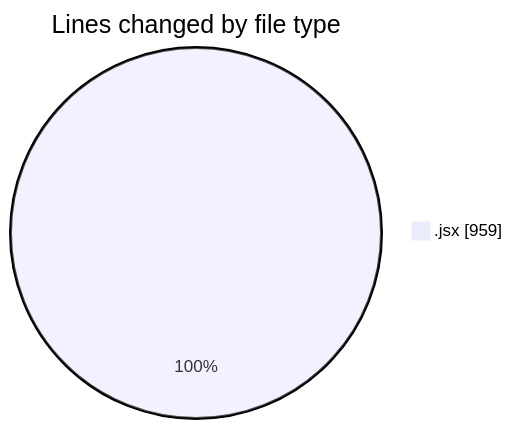
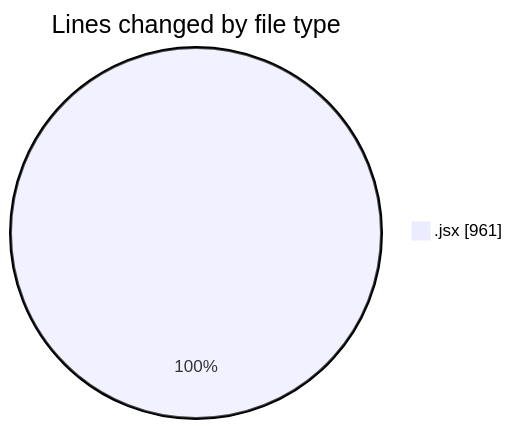
One commit to nxtqubesakshisongat/code-tracking changed the first of 2 diagrams in 2025-11-07/nxtqube_webapp/README.md. Above: the diagram before and after it, drawn with Mermaid. The commit also changed other lines of this file and 1 other file, not shown here.

````diff
--- a/2025-11-07/nxtqube_webapp/README.md
+++ b/2025-11-07/nxtqube_webapp/README.md
@@ -20,5 +20,5 @@
 ```mermaid
 pie showData
 title Lines changed by file type
-".jsx" : 959
+".jsx" : 961
 ```
````
